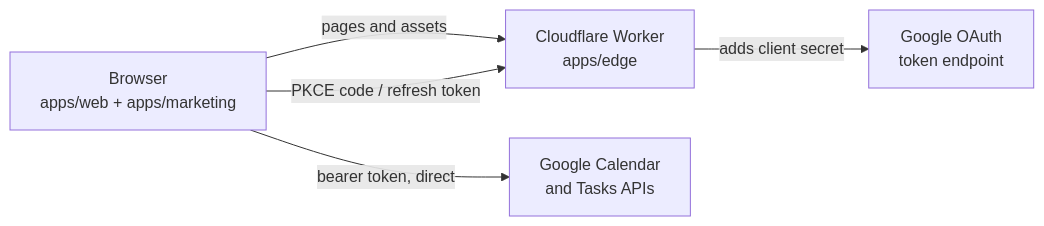
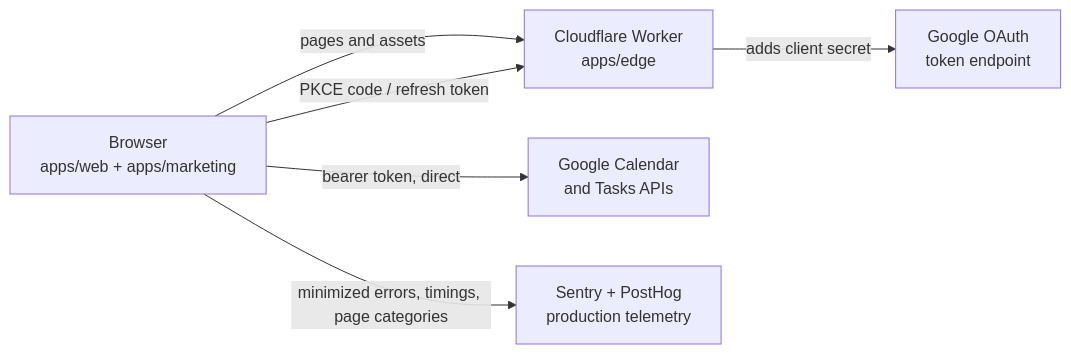
The diagram in README.md (krmznkr/julian), drawn with Mermaid before and after one commit. The commit also changed other lines of this file and 35 other files, not shown here.

First line of the commit message:
feat: add production error tracking and page analytics (#53)

````diff
--- a/README.md
+++ b/README.md
@@ -43,12 +43,14 @@
 ```mermaid
 flowchart LR
   browser["Browser<br/>apps/web + apps/marketing"]
   edge["Cloudflare Worker<br/>apps/edge"]
   google["Google Calendar<br/>and Tasks APIs"]
   oauth["Google OAuth<br/>token endpoint"]
+  telemetry["Sentry + PostHog<br/>production telemetry"]
 
   browser -- "pages and assets" --> edge
   browser -- "PKCE code / refresh token" --> edge
   edge -- "adds client secret" --> oauth
   browser -- "bearer token, direct" --> google
+  browser -- "minimized errors, timings, page categories" --> telemetry
 ```
````
